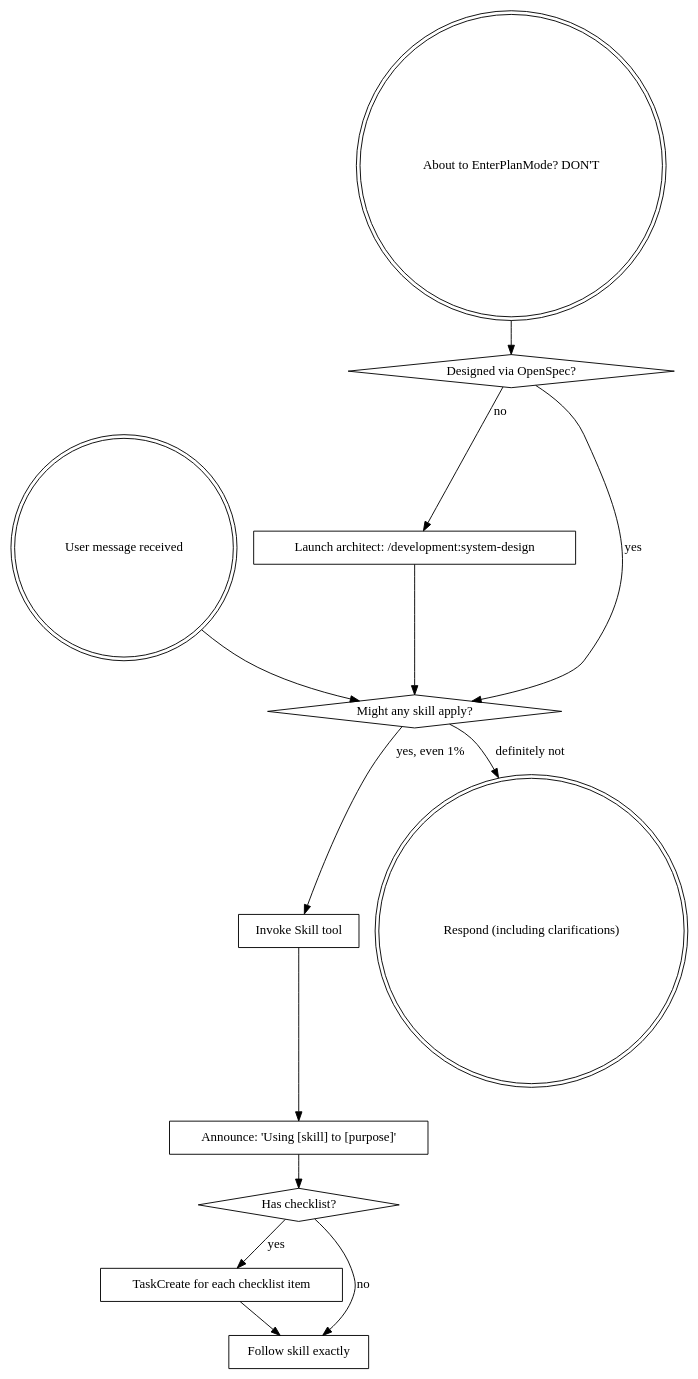
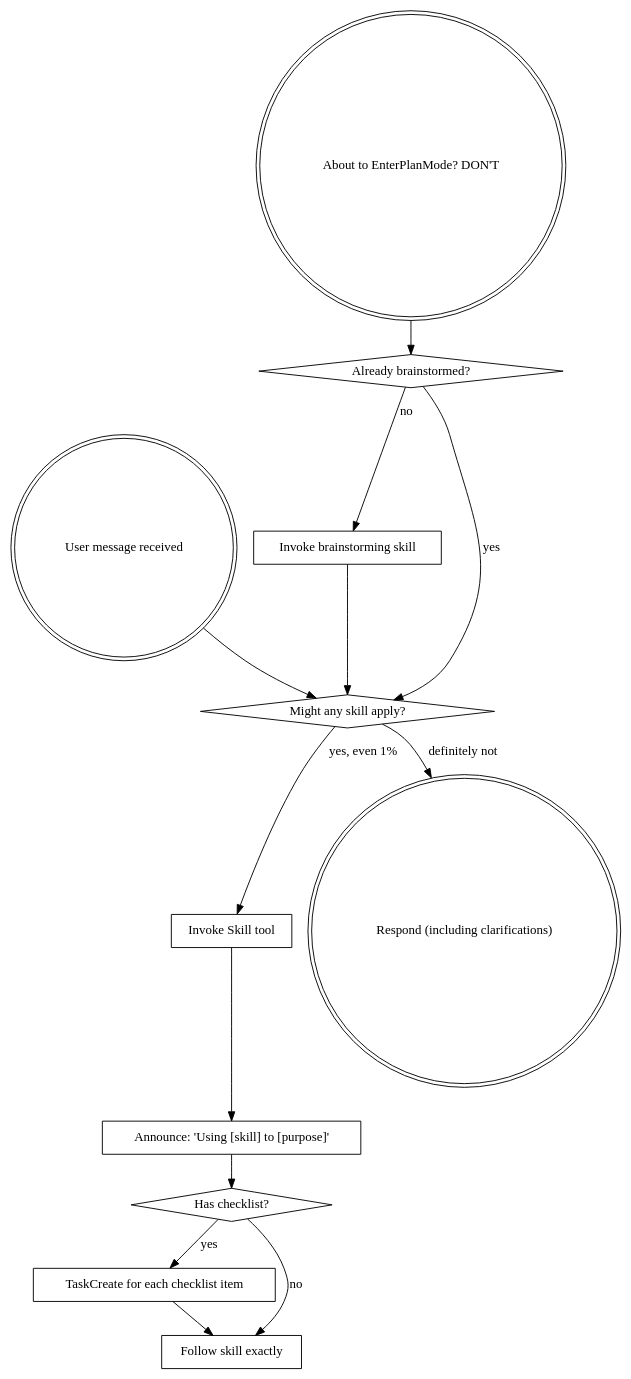
The diagram in plugins/development/skills/developer-workflow/SKILL.md (a-r-it/automaton), drawn with Graphviz before and after one commit. The commit also changed other lines of this file and 52 other files, not shown here.

First line of the commit message:
chore(release): development v0.6.1 — ship only the OpenSpec setup skill

````diff
--- a/plugins/development/skills/developer-workflow/SKILL.md
+++ b/plugins/development/skills/developer-workflow/SKILL.md
@@ -38,29 +38,29 @@
 ```dot
 digraph skill_flow {
     "User message received" [shape=doublecircle];
     "About to EnterPlanMode? DON'T" [shape=doublecircle];
-    "Designed via OpenSpec?" [shape=diamond];
-    "Launch architect: /development:system-design" [shape=box];
+    "Already brainstormed?" [shape=diamond];
+    "Invoke brainstorming skill" [shape=box];
     "Might any skill apply?" [shape=diamond];
     "Invoke Skill tool" [shape=box];
     "Announce: 'Using [skill] to [purpose]'" [shape=box];
     "Has checklist?" [shape=diamond];
     "TaskCreate for each checklist item" [shape=box];
     "Follow skill exactly" [shape=box];
     "Respond (including clarifications)" [shape=doublecircle];
 
-    "About to EnterPlanMode? DON'T" -> "Designed via OpenSpec?";
-    "Designed via OpenSpec?" -> "Launch architect: /development:system-design" [label="no"];
-    "Designed via OpenSpec?" -> "Might any skill apply?" [label="yes"];
-    "Launch architect: /development:system-design" -> "Might any skill apply?";
+    "About to EnterPlanMode? DON'T" -> "Already brainstormed?";
+    "Already brainstormed?" -> "Invoke brainstorming skill" [label="no"];
+    "Already brainstormed?" -> "Might any skill apply?" [label="yes"];
+    "Invoke brainstorming skill" -> "Might any skill apply?";
 
     "User message received" -> "Might any skill apply?";
     "Might any skill apply?" -> "Invoke Skill tool" [label="yes, even 1%"];
     "Might any skill apply?" -> "Respond (including clarifications)" [label="definitely not"];
     "Invoke Skill tool" -> "Announce: 'Using [skill] to [purpose]'";
     "Announce: 'Using [skill] to [purpose]'" -> "Has checklist?";
     "Has checklist?" -> "TaskCreate for each checklist item" [label="yes"];
     "Has checklist?" -> "Follow skill exactly" [label="no"];
     "TaskCreate for each checklist item" -> "Follow skill exactly";
 }
 ```
````
